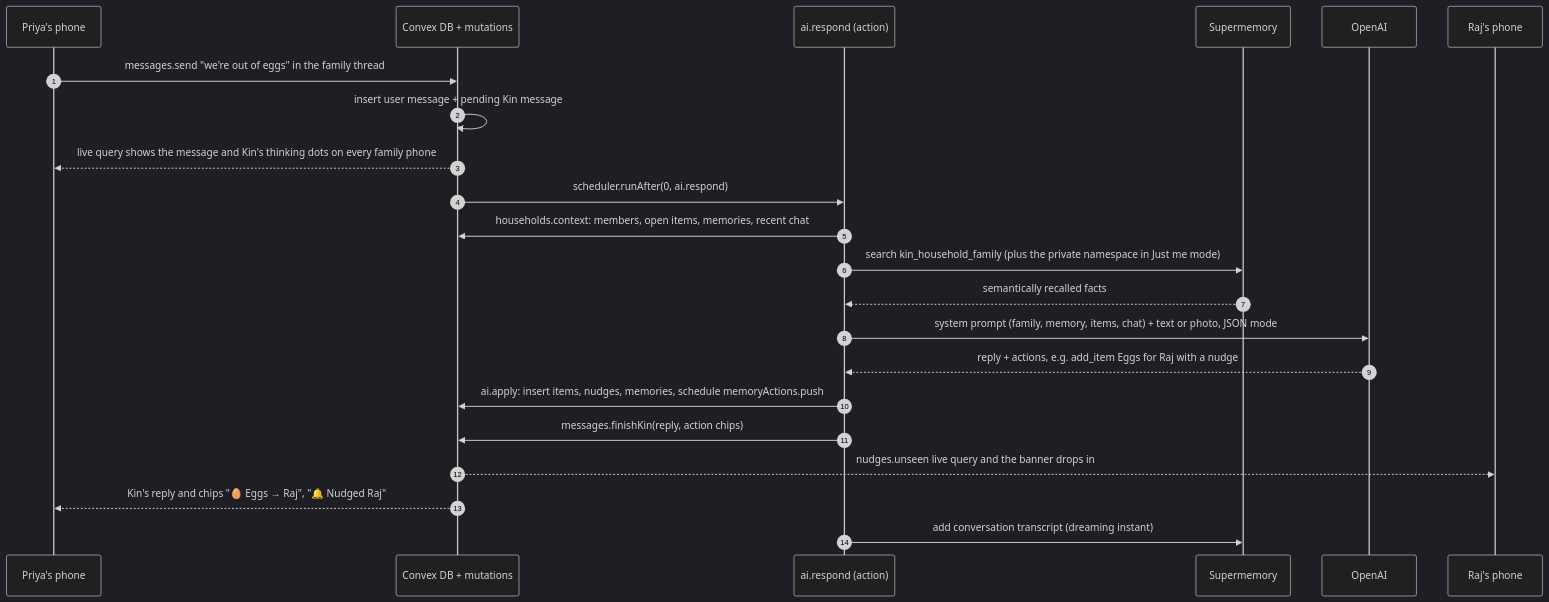
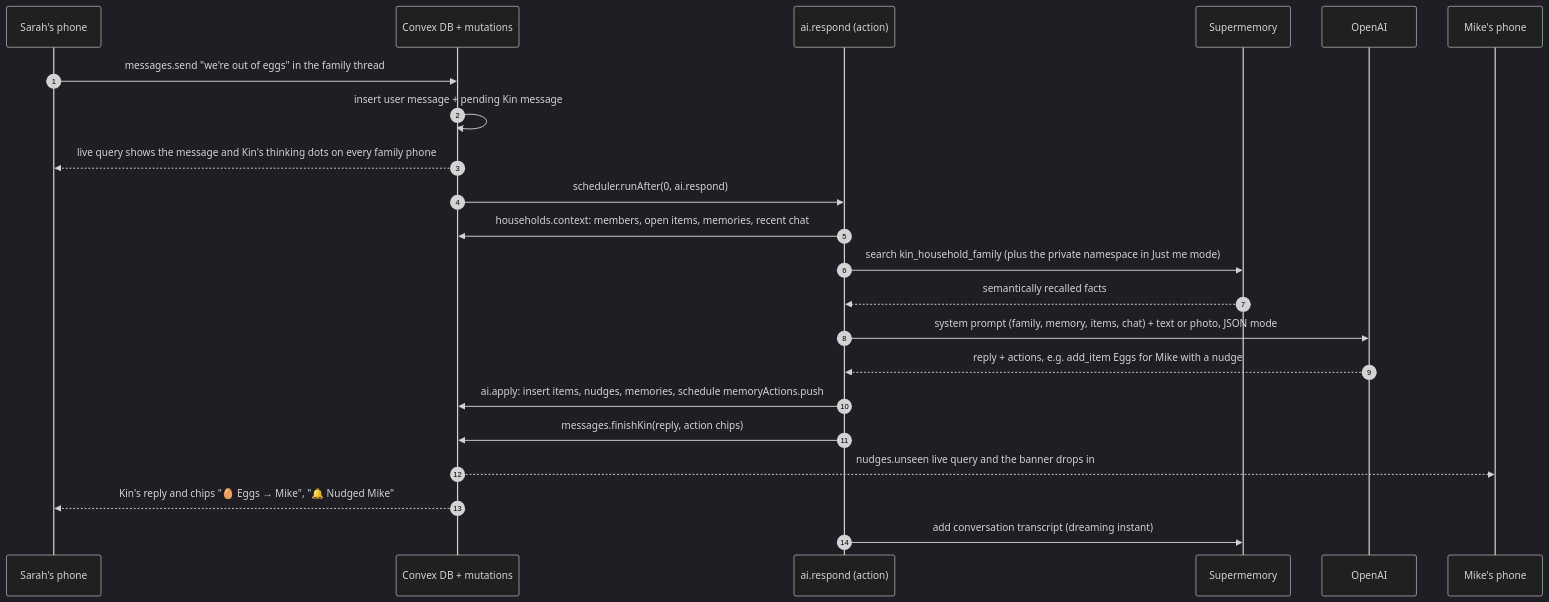
One commit to vnmoorthy/kin-family-ai changed the second of 2 diagrams in README.md. Above: the diagram before and after it, drawn with Mermaid (dark theme). The commit also changed other lines of this file and 21 other files, not shown here.

````diff
--- a/README.md
+++ b/README.md
@@ -155,25 +155,25 @@
 ```mermaid
 sequenceDiagram
   autonumber
-  participant P as Priya's phone
+  participant P as Sarah's phone
   participant CX as Convex DB + mutations
   participant AI as ai.respond (action)
   participant SM as Supermemory
   participant OA as OpenAI
-  participant R as Raj's phone
+  participant R as Mike's phone
 
   P->>CX: messages.send "we're out of eggs" in the family thread
   CX->>CX: insert user message + pending Kin message
   CX-->>P: live query shows the message and Kin's thinking dots on every family phone
   CX->>AI: scheduler.runAfter(0, ai.respond)
   AI->>CX: households.context: members, open items, memories, recent chat
   AI->>SM: search kin_household_family (plus the private namespace in Just me mode)
   SM-->>AI: semantically recalled facts
   AI->>OA: system prompt (family, memory, items, chat) + text or photo, JSON mode
-  OA-->>AI: reply + actions, e.g. add_item Eggs for Raj with a nudge
+  OA-->>AI: reply + actions, e.g. add_item Eggs for Mike with a nudge
   AI->>CX: ai.apply: insert items, nudges, memories, schedule memoryActions.push
   AI->>CX: messages.finishKin(reply, action chips)
   CX-->>R: nudges.unseen live query and the banner drops in
-  CX-->>P: Kin's reply and chips "🥚 Eggs → Raj", "🔔 Nudged Raj"
+  CX-->>P: Kin's reply and chips "🥚 Eggs → Mike", "🔔 Nudged Mike"
   AI->>SM: add conversation transcript (dreaming instant)
 ```
````
